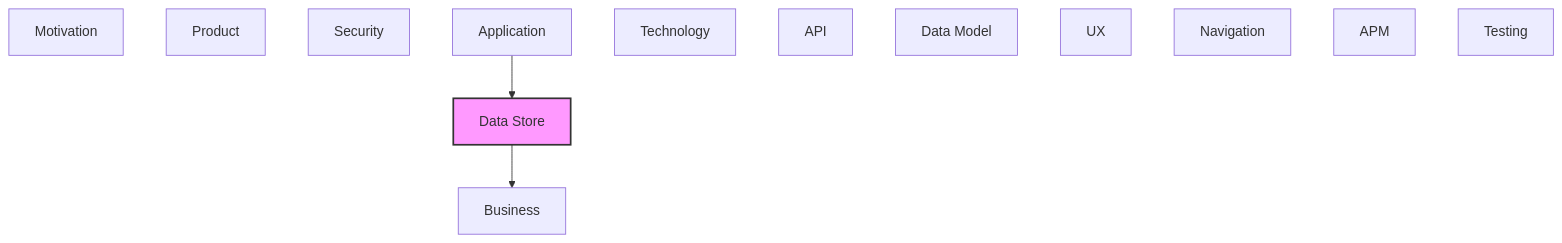
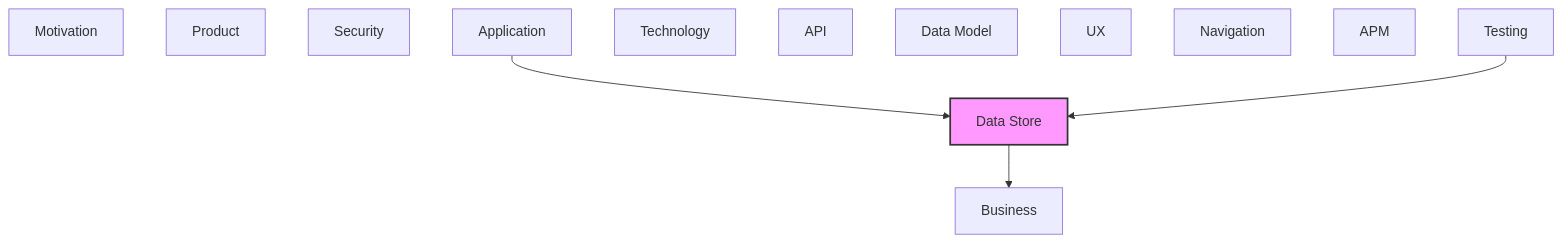
The second of 2 diagrams in documentation-robotics/reports/09-data-store-layer-report.md (tinkermonkey/documentation_robotics_viewer), drawn with Mermaid before and after one commit. The commit also changed other lines of this file and 30 other files, not shown here.

````diff
--- a/documentation-robotics/reports/09-data-store-layer-report.md
+++ b/documentation-robotics/reports/09-data-store-layer-report.md
@@ -56,20 +56,21 @@
 ```mermaid
 flowchart TB
   classDef current fill:#f9f,stroke:#333,stroke-width:2px
   motivation["Motivation"]
   business["Business"]
   product["Product"]
   security["Security"]
   application["Application"]
   technology["Technology"]
   api["API"]
   data_model["Data Model"]
   data_store["Data Store"]
   ux["UX"]
   navigation["Navigation"]
   apm["APM"]
   testing["Testing"]
   application --> data_store
   data_store --> business
+  testing --> data_store
   class data_store current
 ```
````
